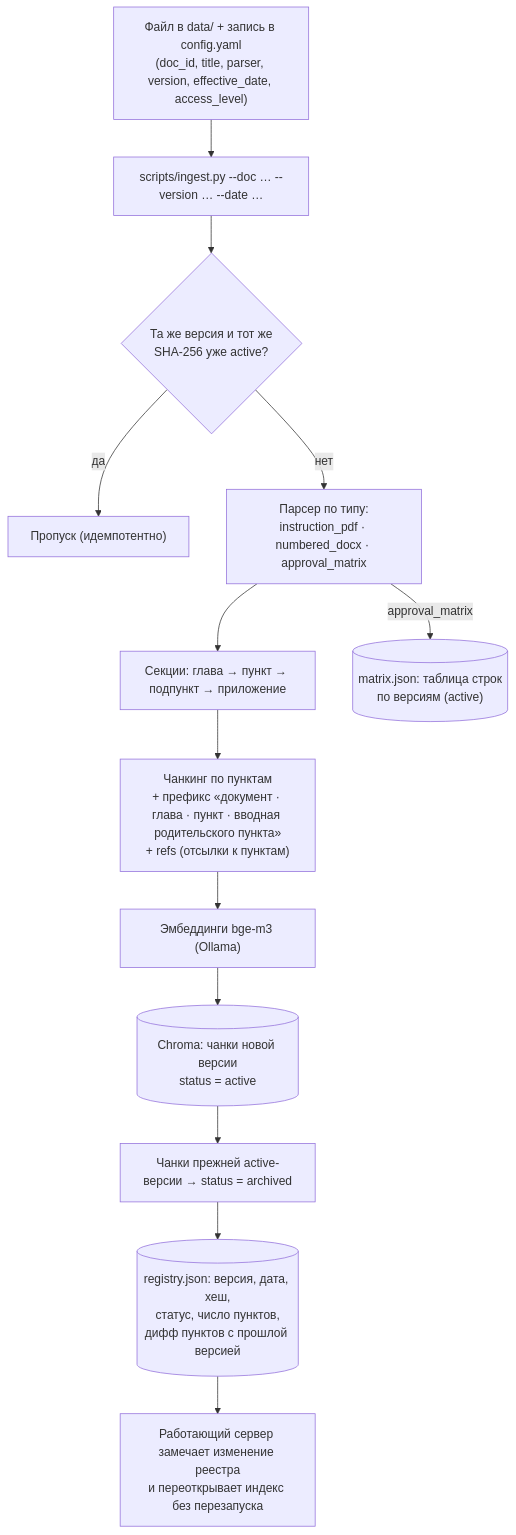
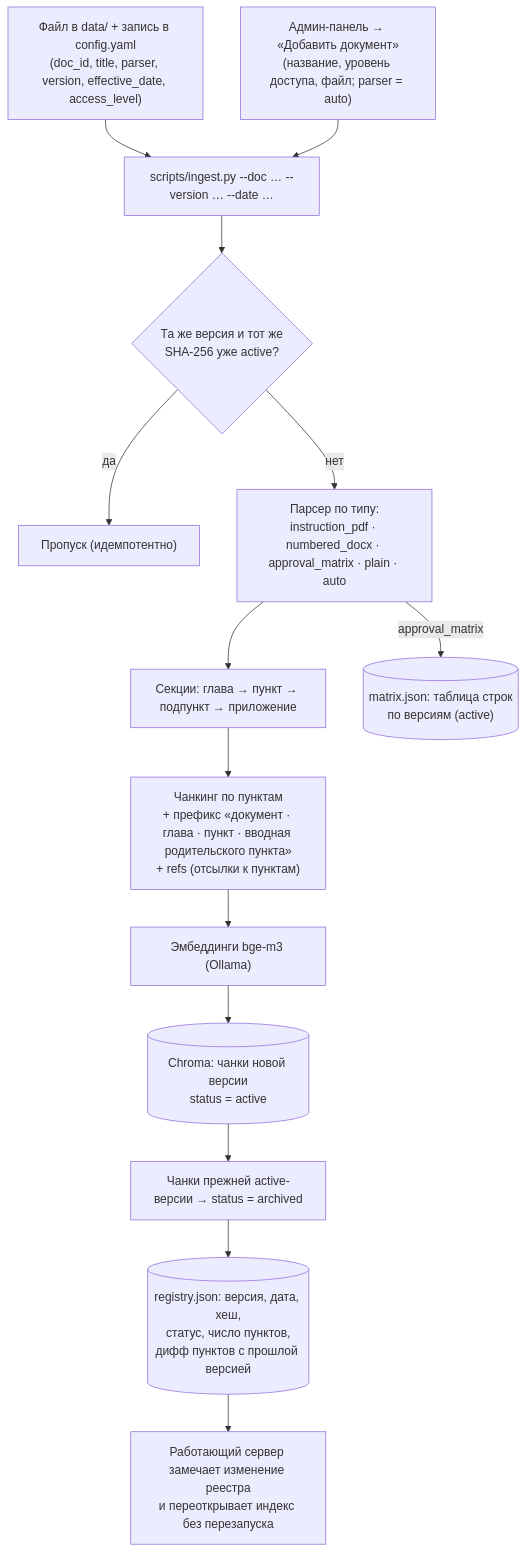
The diagram in docs/kb_interaction.md (LomashAD/hackathon2026dgtu), drawn with Mermaid before and after one commit. The commit also changed other lines of this file and 29 other files, not shown here.

````diff
--- a/docs/kb_interaction.md
+++ b/docs/kb_interaction.md
@@ -5,15 +5,16 @@
 ```mermaid
 flowchart TD
   A["Файл в data/ + запись в config.yaml<br/>(doc_id, title, parser, version, effective_date, access_level)"] --> B["scripts/ingest.py --doc … --version … --date …"]
+  A2["Админ-панель → «Добавить документ»<br/>(название, уровень доступа, файл; parser = auto)"] --> B
   B --> C{"Та же версия и тот же<br/>SHA-256 уже active?"}
   C -- да --> SKIP["Пропуск (идемпотентно)"]
-  C -- нет --> P["Парсер по типу:<br/>instruction_pdf · numbered_docx · approval_matrix"]
+  C -- нет --> P["Парсер по типу:<br/>instruction_pdf · numbered_docx · approval_matrix · plain · auto"]
   P --> S["Секции: глава → пункт → подпункт → приложение"]
   S --> CH["Чанкинг по пунктам<br/>+ префикс «документ · глава · пункт · вводная родительского пункта»<br/>+ refs (отсылки к пунктам)"]
   CH --> EM["Эмбеддинги bge-m3 (Ollama)"]
   EM --> IDX[("Chroma: чанки новой версии<br/>status = active")]
   IDX --> ARC["Чанки прежней active-версии → status = archived"]
   ARC --> REG[("registry.json: версия, дата, хеш,<br/>статус, число пунктов,<br/>дифф пунктов с прошлой версией")]
   P -- "approval_matrix" --> MX[("matrix.json: таблица строк<br/>по версиям (active)")]
   REG --> SRV["Работающий сервер замечает изменение реестра<br/>и переоткрывает индекс без перезапуска"]
 ```
````
